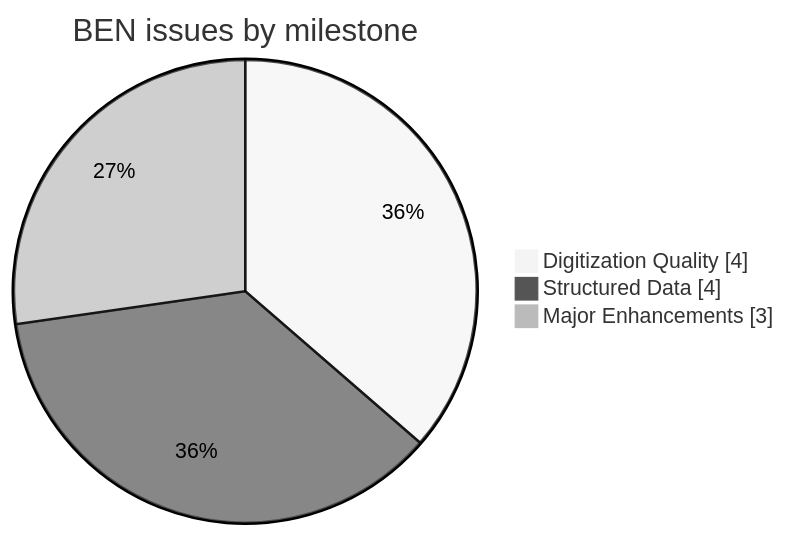
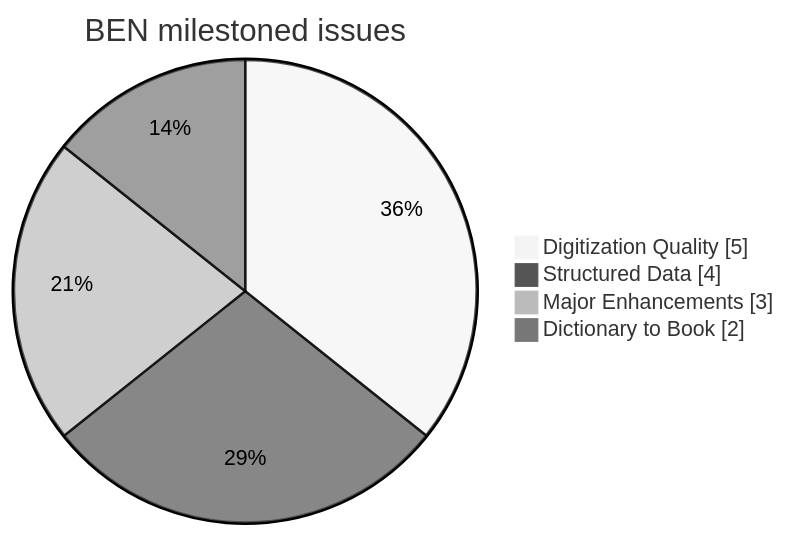
One commit to sanskrit-lexicon/BEN changed the first of 3 diagrams in README.md. Above: the diagram before and after it, drawn with Mermaid (neutral theme). The commit also changed other lines of this file, not shown here.

First line of the commit message:
docs(README): refresh to live issue/milestone/contributor facts (H548) (#31)

````diff
--- a/README.md
+++ b/README.md
@@ -43,7 +49,8 @@
 ```mermaid
 pie showData
-  title BEN issues by milestone
-  "Digitization Quality" : 4
+  title BEN milestoned issues
+  "Digitization Quality" : 5
   "Structured Data" : 4
   "Major Enhancements" : 3
+  "Dictionary to Book" : 2
 ```
````
